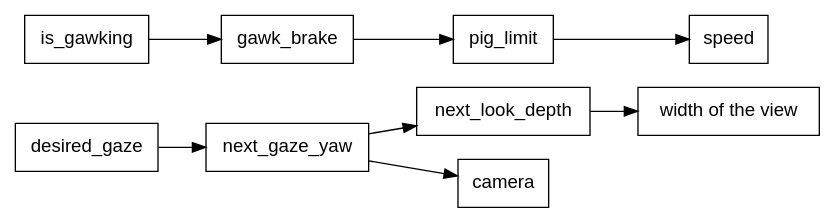
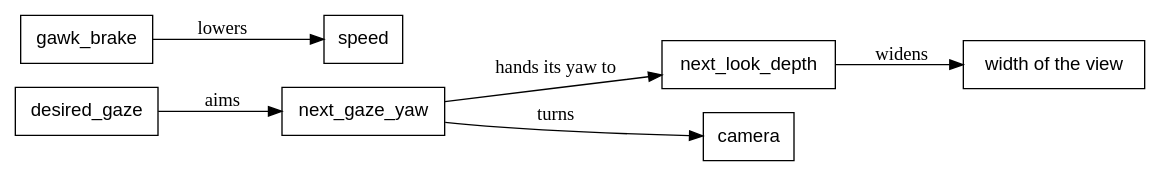
Before and after one commit to showell/roc-apps: diagram 19 of 30 in canvas_apps/safari/tutorial/tutorial.md, drawn with Graphviz. The commit also changed other lines of this file and 1 other file, not shown here.

````diff
--- a/canvas_apps/safari/tutorial/tutorial.md
+++ b/canvas_apps/safari/tutorial/tutorial.md
@@ -1820,10 +1821,11 @@
 ```dot
 digraph gaze {
   rankdir=LR;
   node [shape=box, fontname="Helvetica"];
-  desired_gaze -> next_gaze_yaw -> next_look_depth;
-  next_gaze_yaw -> camera;
-  next_look_depth -> "width of the view";
-  is_gawking -> gawk_brake -> pig_limit -> speed;
+  desired_gaze -> next_gaze_yaw [label="  aims"];
+  next_gaze_yaw -> next_look_depth [label="  hands its yaw to"];
+  next_gaze_yaw -> camera [label="  turns"];
+  next_look_depth -> "width of the view" [label="  widens"];
+  gawk_brake -> speed [label="  lowers"];
 }
 ```
````
